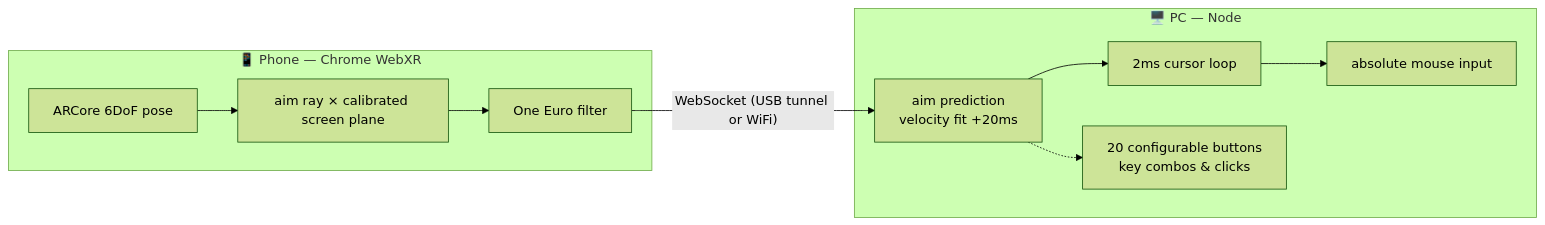
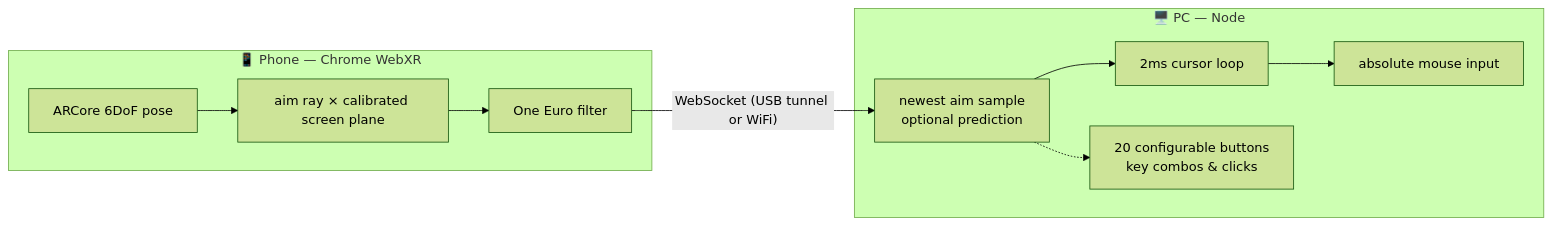
Before and after one commit to ggcaponetto/point-bang: the diagram in README.md, drawn with Mermaid (forest theme). The commit also changed other lines of this file and 11 other files, not shown here.

First line of the commit message:
P3: aim extrapolation OFF by default — cursor tracks measured aim only

````diff
--- a/README.md
+++ b/README.md
@@ -26,13 +26,13 @@
 ```mermaid
 flowchart LR
     subgraph phone [📱 Phone — Chrome WebXR]
         A[ARCore 6DoF pose] --> B[aim ray × calibrated screen plane]
         B --> C[One Euro filter]
     end
     C -- "WebSocket (USB tunnel or WiFi)" --> D
     subgraph pc [🖥️ PC — Node]
-        D[aim prediction<br/>velocity fit +20ms] --> E[2ms cursor loop]
+        D[newest aim sample<br/>optional prediction] --> E[2ms cursor loop]
         E --> F[absolute mouse input]
         D -.-> G[20 configurable buttons<br/>key combos & clicks]
     end
 ```
````
